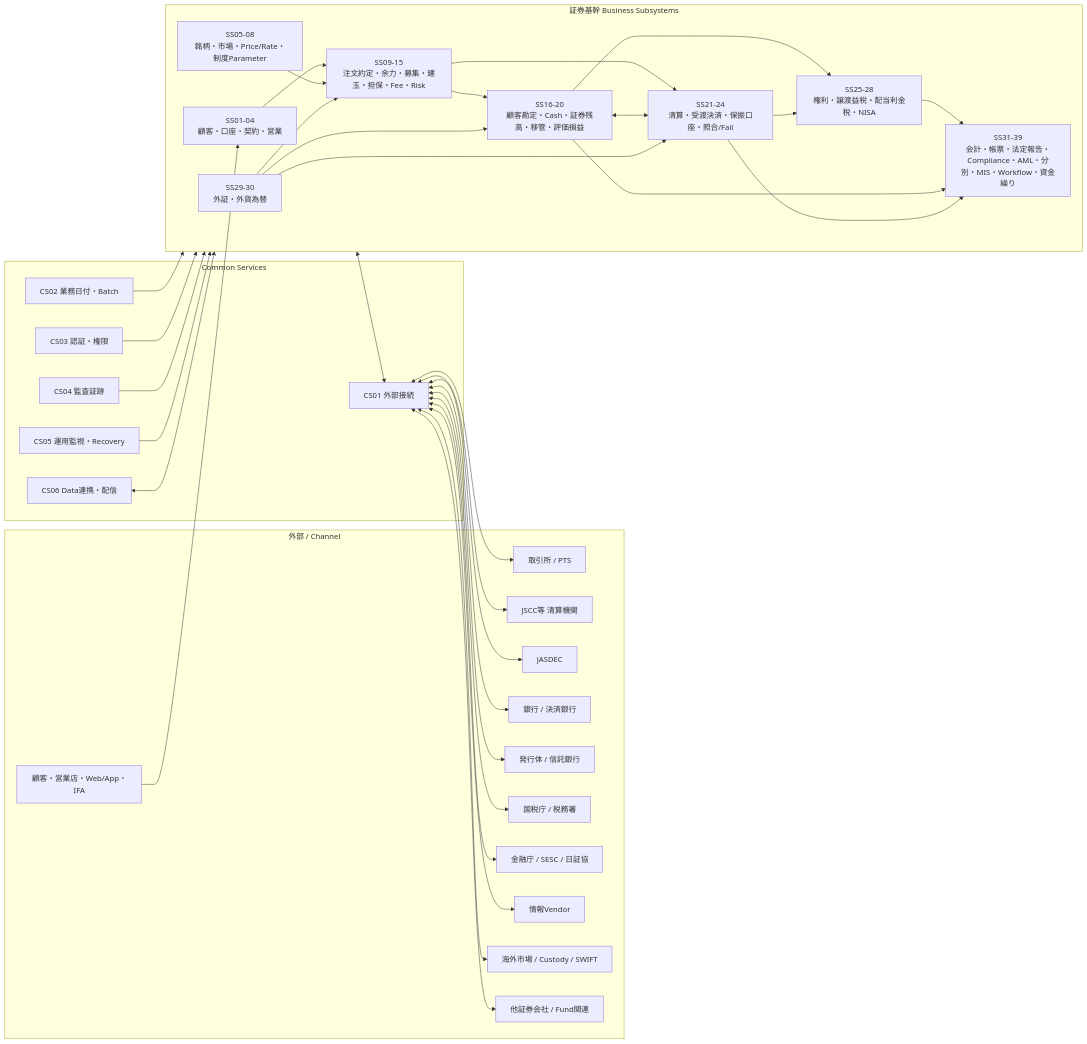
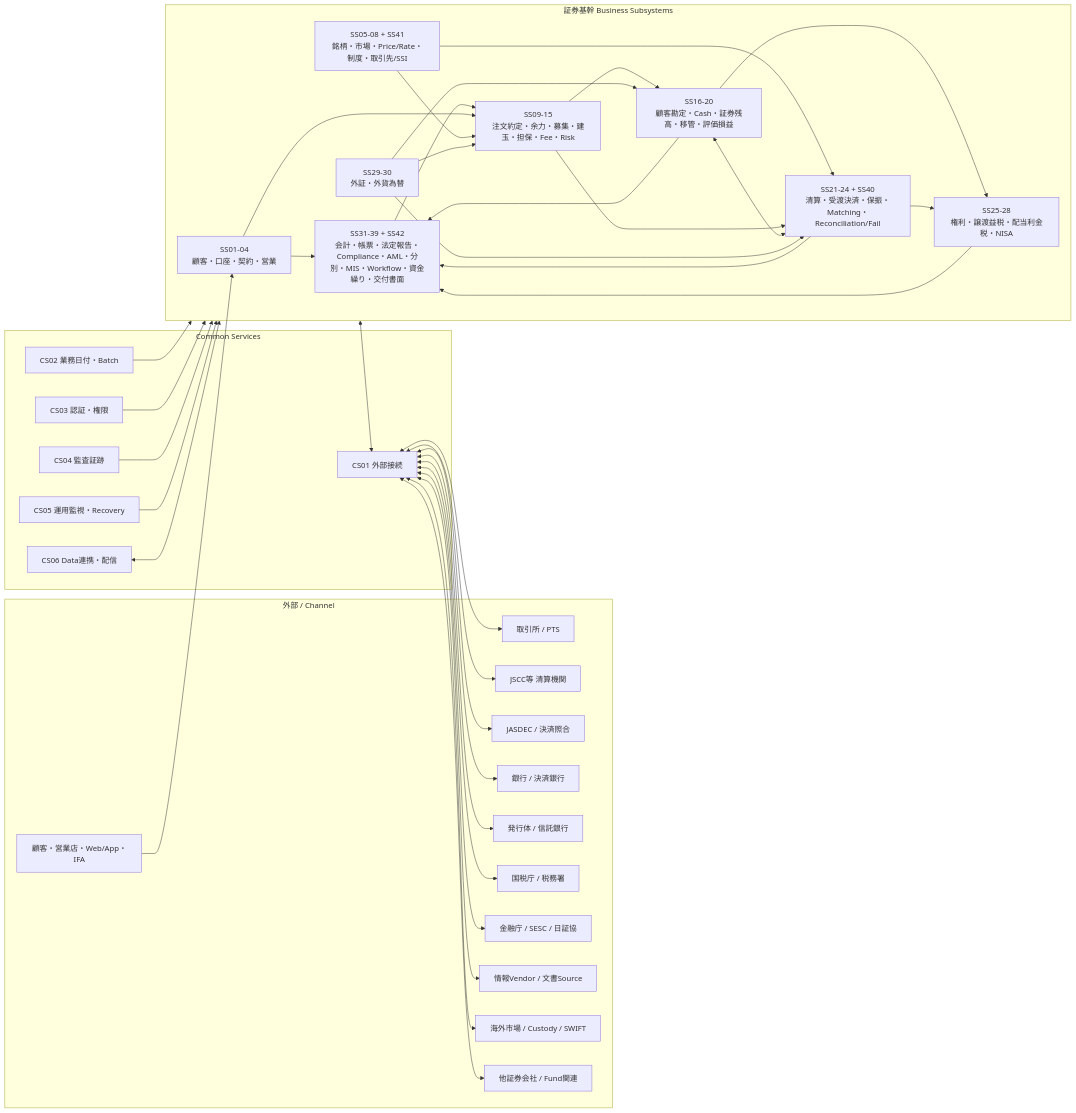
One commit to skyTreeCN/jp-securitie-skills changed the first of 3 diagrams in docs/01-architecture/SYSTEM_LANDSCAPE.md. Above: the diagram before and after it, drawn with Mermaid. The commit also changed other lines of this file, not shown here.

````diff
--- a/docs/01-architecture/SYSTEM_LANDSCAPE.md
+++ b/docs/01-architecture/SYSTEM_LANDSCAPE.md
@@ -10,70 +10,73 @@
 ```mermaid
 flowchart LR
 
   subgraph EXT[外部 / Channel]
     CUST[顧客・営業店・Web/App・IFA]
     MKT[取引所 / PTS]
     CCP[JSCC等 清算機関]
-    JAS[JASDEC]
+    JAS[JASDEC / 決済照合]
     BANK[銀行 / 決済銀行]
     ISS[発行体 / 信託銀行]
     TAX[国税庁 / 税務署]
     REG[金融庁 / SESC / 日証協]
-    VEND[情報Vendor]
+    VEND[情報Vendor / 文書Source]
     GC[海外市場 / Custody / SWIFT]
     OTH[他証券会社 / Fund関連]
   end
 
   subgraph CORE[証券基幹 Business Subsystems]
     A[SS01-04\n顧客・口座・契約・営業]
-    B[SS05-08\n銘柄・市場・Price/Rate・制度Parameter]
+    B[SS05-08 + SS41\n銘柄・市場・Price/Rate・制度・取引先/SSI]
     C[SS09-15\n注文約定・余力・募集・建玉・担保・Fee・Risk]
     D[SS16-20\n顧客勘定・Cash・証券残高・移管・評価損益]
-    E[SS21-24\n清算・受渡決済・保振口座・照合/Fail]
+    E[SS21-24 + SS40\n清算・受渡決済・保振・Matching・Reconciliation/Fail]
     F[SS25-28\n権利・譲渡益税・配当利金税・NISA]
     G[SS29-30\n外証・外貨為替]
-    H[SS31-39\n会計・帳票・法定報告・Compliance・AML・分別・MIS・Workflow・資金繰り]
+    H[SS31-39 + SS42\n会計・帳票・法定報告・Compliance・AML・分別・MIS・Workflow・資金繰り・交付書面]
   end
 
   subgraph COMMON[Common Services]
     X1[CS01 外部接続]
     X2[CS02 業務日付・Batch]
     X3[CS03 認証・権限]
     X4[CS04 監査証跡]
     X5[CS05 運用監視・Recovery]
     X6[CS06 Data連携・配信]
   end
 
   CUST --> A
+  A --> H
+  H --> C
   A --> C
   B --> C
+  B --> E
   C --> D
   C --> E
   D <--> E
   D --> F
   E --> F
   G --> C
   G --> D
   G --> E
   F --> H
   D --> H
   E --> H
 
   X2 --> CORE
   X3 --> CORE
   X4 --> CORE
   X5 --> CORE
   X6 <--> CORE
 
   CORE <--> X1
   X1 <--> MKT
   X1 <--> CCP
   X1 <--> JAS
   X1 <--> BANK
   X1 <--> ISS
   X1 <--> TAX
   X1 <--> REG
   X1 <--> VEND
   X1 <--> GC
   X1 <--> OTH
 ```
````
